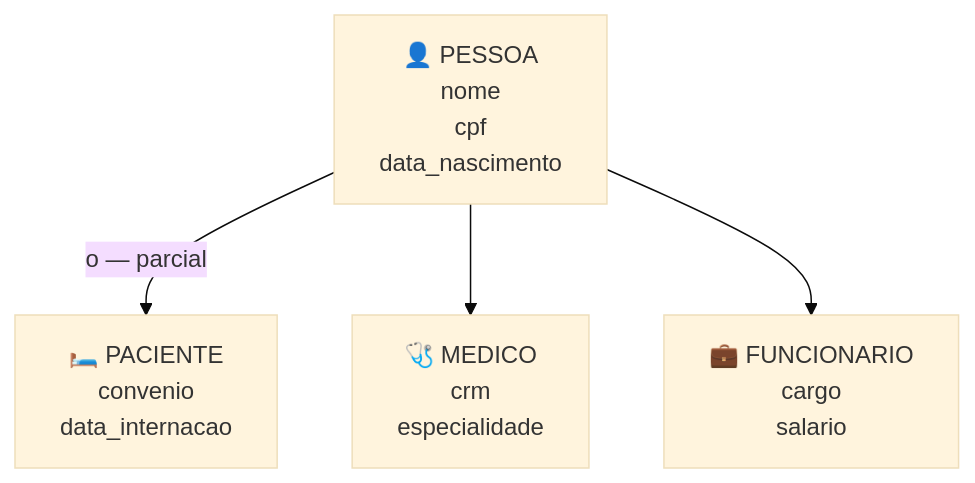
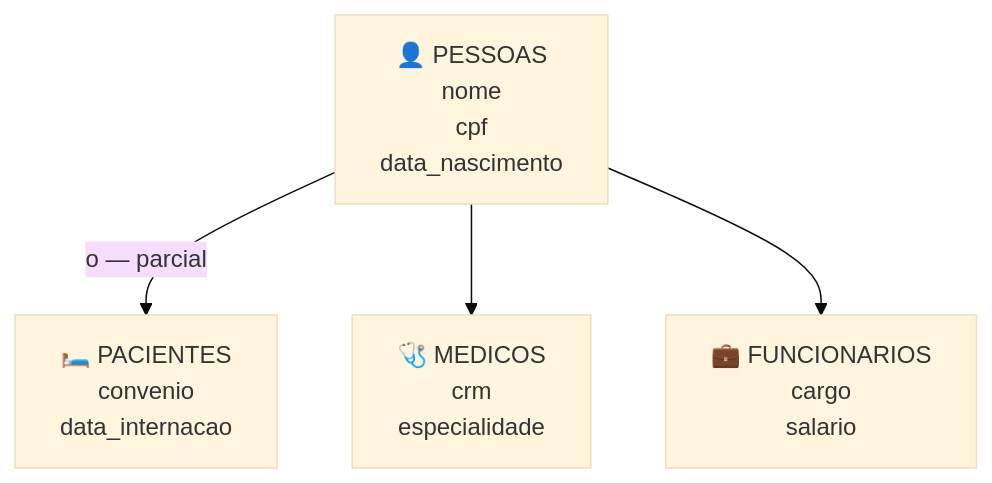
One commit to GTI-Fatec-Jahu/BDA-GTI-2026-2 changed the seventh of 15 diagrams in docs/aulas/Aula_02_Modelagem_Entidades.md. Above: the diagram before and after it, drawn with Mermaid (base theme). The commit also changed other lines of this file and 5 other files, not shown here.

````diff
--- a/docs/aulas/Aula_02_Modelagem_Entidades.md
+++ b/docs/aulas/Aula_02_Modelagem_Entidades.md
@@ -293,23 +293,23 @@
 ```mermaid
 flowchart TB
-    PESSOA["👤 PESSOA
+    PESSOAS["👤 PESSOAS
     nome
     cpf
     data_nascimento"]
 
-    PACIENTE["🛏️ PACIENTE
+    PACIENTES["🛏️ PACIENTES
     convenio
     data_internacao"]
 
-    MEDICO["🩺 MEDICO
+    MEDICOS["🩺 MEDICOS
     crm
     especialidade"]
 
-    FUNCIONARIO["💼 FUNCIONARIO
+    FUNCIONARIOS["💼 FUNCIONARIOS
     cargo
     salario"]
 
-    PESSOA -->|"o — parcial"| PACIENTE
-    PESSOA --> MEDICO
-    PESSOA --> FUNCIONARIO
+    PESSOAS -->|"o — parcial"| PACIENTES
+    PESSOAS --> MEDICOS
+    PESSOAS --> FUNCIONARIOS
 ```
````
